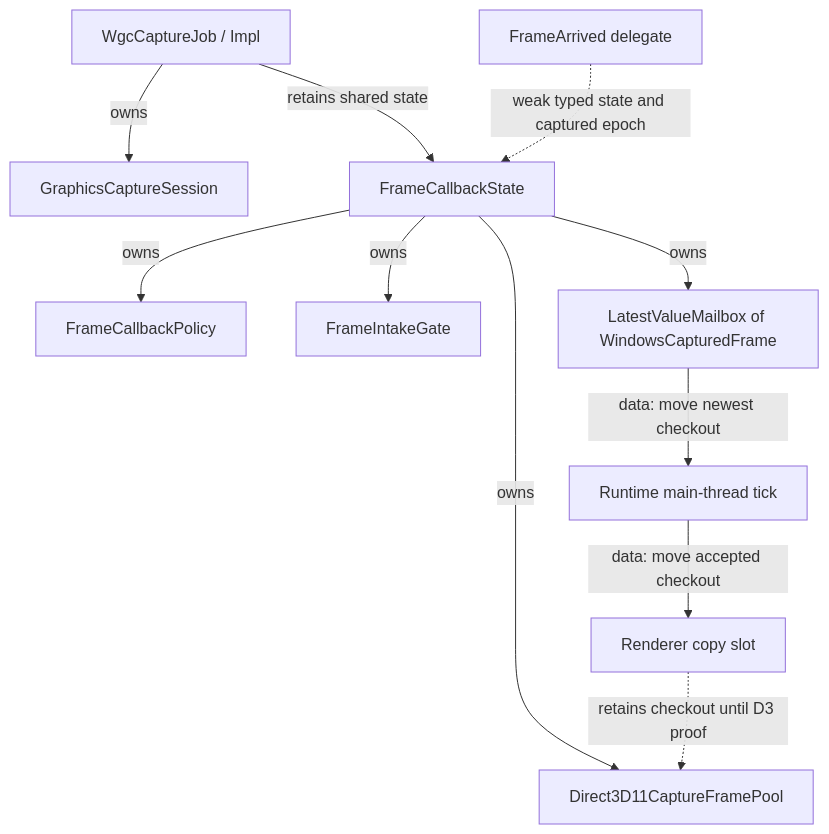
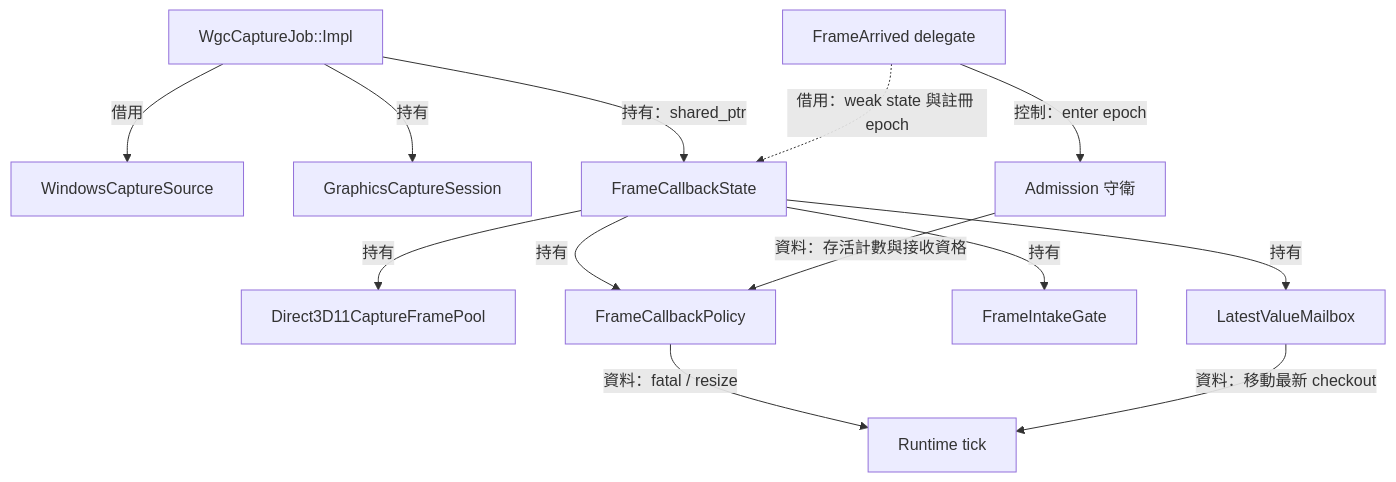
Before and after one commit to Mes0903/avb0795: the fourth of 8 diagrams in docs/architecture/windows-capture.md, drawn with Mermaid. The commit also changed other lines of this file and 156 other files, not shown here.

````diff
--- a/docs/architecture/windows-capture.md
+++ b/docs/architecture/windows-capture.md
@@ -81,13 +122,15 @@
 ```mermaid
 flowchart TD
-    Job[WgcCaptureJob / Impl] -->|owns| Session[GraphicsCaptureSession]
-    Job -->|retains shared state| State[FrameCallbackState]
-    State -->|owns| Pool[Direct3D11CaptureFramePool]
-    State -->|owns| Policy[FrameCallbackPolicy]
-    State -->|owns| Gate[FrameIntakeGate]
-    State -->|owns| Mailbox[LatestValueMailbox of WindowsCapturedFrame]
-    Delegate[FrameArrived delegate] -.->|weak typed state and captured epoch| State
-    Mailbox -->|data: move newest checkout| Tick[Runtime main-thread tick]
-    Tick -->|data: move accepted checkout| Slot[Renderer copy slot]
-    Slot -.->|retains checkout until D3 proof| Pool
+    Job[WgcCaptureJob::Impl] -->|借用| Source[WindowsCaptureSource]
+    Job -->|持有| Session[GraphicsCaptureSession]
+    Job -->|持有：shared_ptr| State[FrameCallbackState]
+    State -->|持有| Pool[Direct3D11CaptureFramePool]
+    State -->|持有| Policy[FrameCallbackPolicy]
+    State -->|持有| Gate[FrameIntakeGate]
+    State -->|持有| Mailbox[LatestValueMailbox]
+    Delegate[FrameArrived delegate] -.->|借用：weak state 與註冊 epoch| State
+    Delegate -->|控制：enter epoch| Admission[Admission 守衛]
+    Admission -->|資料：存活計數與接收資格| Policy
+    Policy -->|資料：fatal / resize| Tick[Runtime tick]
+    Mailbox -->|資料：移動最新 checkout| Tick
 ```
````
